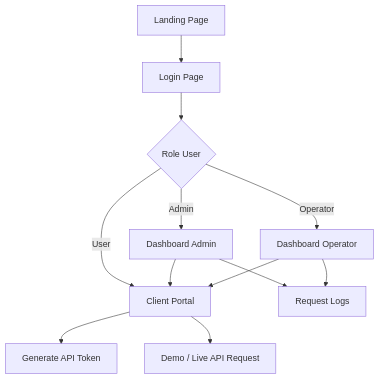
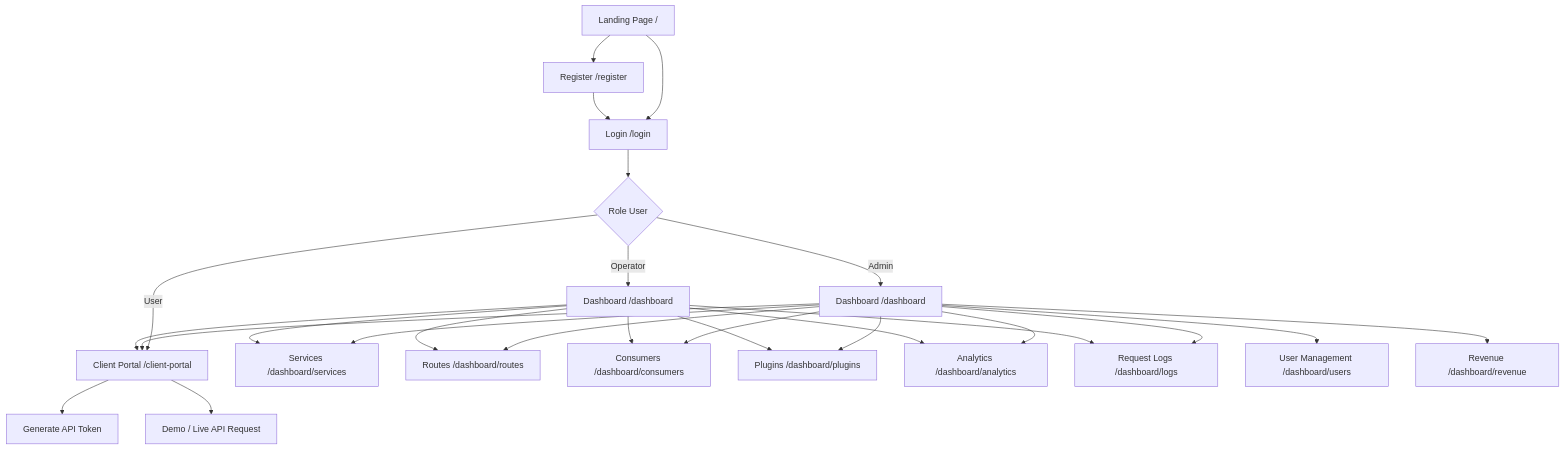
The first of 3 diagrams in Docs/Dokumentasi_Website_Gateway_Integrator.md (copetpasarsenin/RPL_Integrator), drawn with Mermaid before and after one commit. The commit also changed other lines of this file and 8 other files, not shown here.

````diff
--- a/Docs/Dokumentasi_Website_Gateway_Integrator.md
+++ b/Docs/Dokumentasi_Website_Gateway_Integrator.md
@@ -158,14 +276,28 @@
 ```mermaid
 flowchart TD
-    A["Landing Page"] --> B["Login Page"]
+    A["Landing Page /"] --> B["Login /login"]
+    A --> R["Register /register"]
+    R --> B
     B --> C{"Role User"}
-    C -->|Admin| D["Dashboard Admin"]
-    C -->|Operator| E["Dashboard Operator"]
-    C -->|User| F["Client Portal"]
+    C -->|Admin| D["Dashboard /dashboard"]
+    C -->|Operator| E["Dashboard /dashboard"]
+    C -->|User| F["Client Portal /client-portal"]
+    D --> D1["Services /dashboard/services"]
+    D --> D2["Routes /dashboard/routes"]
+    D --> D3["Consumers /dashboard/consumers"]
+    D --> D4["Plugins /dashboard/plugins"]
+    D --> D5["Analytics /dashboard/analytics"]
+    D --> D6["Request Logs /dashboard/logs"]
+    D --> D7["User Management /dashboard/users"]
+    D --> D8["Revenue /dashboard/revenue"]
+    E --> D1
+    E --> D2
+    E --> D3
+    E --> D4
+    E --> D5
+    E --> D6
     D --> F
     E --> F
-    D --> G["Request Logs"]
-    E --> G
-    F --> H["Generate API Token"]
-    F --> I["Demo / Live API Request"]
+    F --> G["Generate API Token"]
+    F --> H["Demo / Live API Request"]
 ```
````
